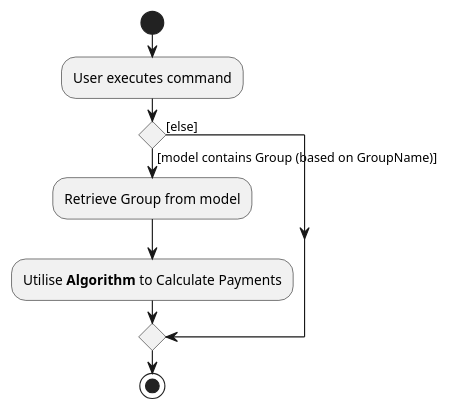
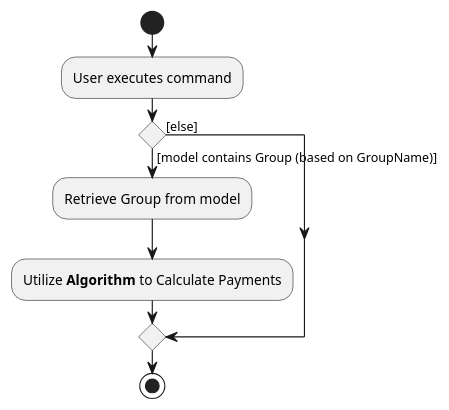
One commit to ramapriyan912001/tp changed the diagram in docs/diagrams/CalculatePaymentsActivityDiagram.puml. Above: the diagram before and after it, drawn with PlantUML. The commit also changed 11 other files, not shown here.

```diff
--- a/docs/diagrams/CalculatePaymentsActivityDiagram.puml
+++ b/docs/diagrams/CalculatePaymentsActivityDiagram.puml
@@ -1,14 +1,14 @@
 @startuml
 start
 :User executes command;
 
 'Since the beta syntax does not support placing the condition outside the
 'diamond we place it as the true branch instead.
 
 if () then ([model contains Group (based on GroupName)])
     :Retrieve Group from model;
-    :Utilise **Algorithm** to Calculate Payments;
+    :Utilize **Algorithm** to Calculate Payments;
 else ([else])
 endif
 stop
 @enduml
```
